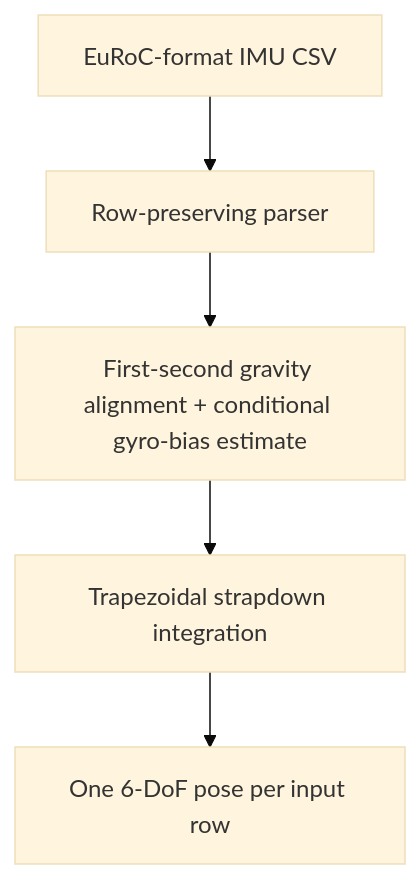
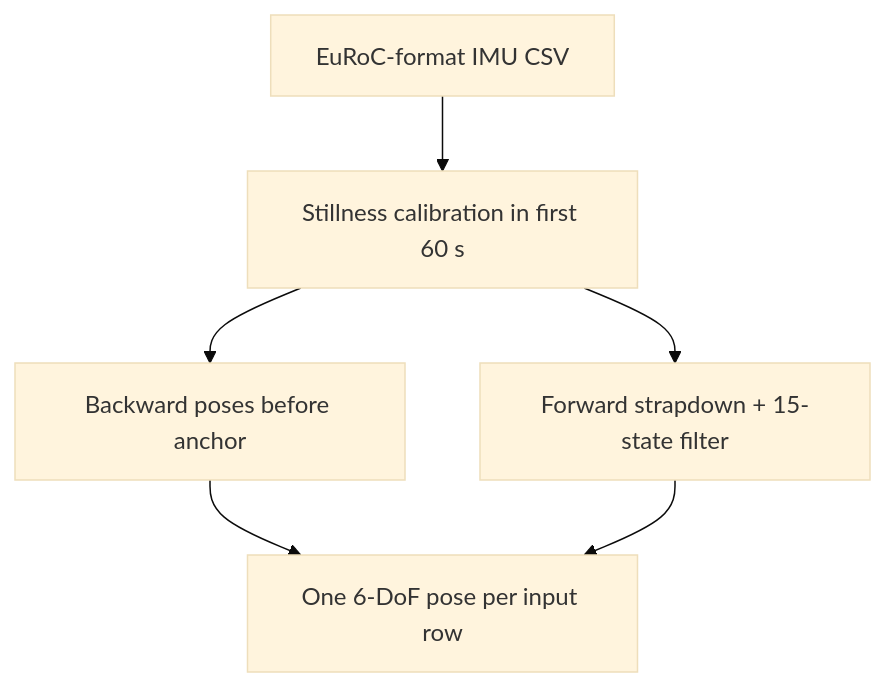
Before and after one commit to ArnavJain2005/Vortex: the diagram in README.md, drawn with Mermaid (base theme). The commit also changed other lines of this file, not shown here.

Commit message:
Document V1/V2 filter and clean EuRoC results

````diff
--- a/README.md
+++ b/README.md
@@ -34,7 +34,8 @@
 ```mermaid
 flowchart TD
-    A["EuRoC-format IMU CSV"] --> B["Row-preserving parser"]
-    B --> C["First-second gravity alignment + conditional gyro-bias estimate"]
-    C --> D["Trapezoidal strapdown integration"]
-    D --> E["One 6-DoF pose per input row"]
+    A["EuRoC-format IMU CSV"] --> B["Stillness calibration in first 60 s"]
+    B --> C["Backward poses before anchor"]
+    B --> D["Forward strapdown + 15-state filter"]
+    C --> E["One 6-DoF pose per input row"]
+    D --> E
 ```
````
